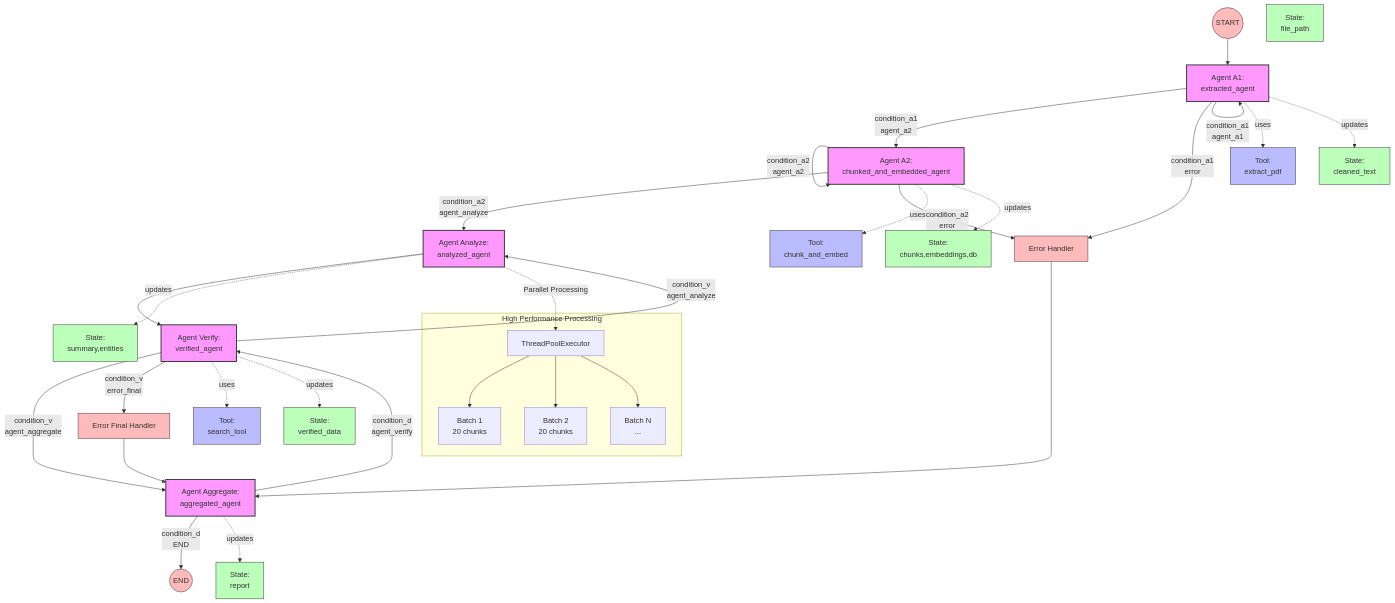
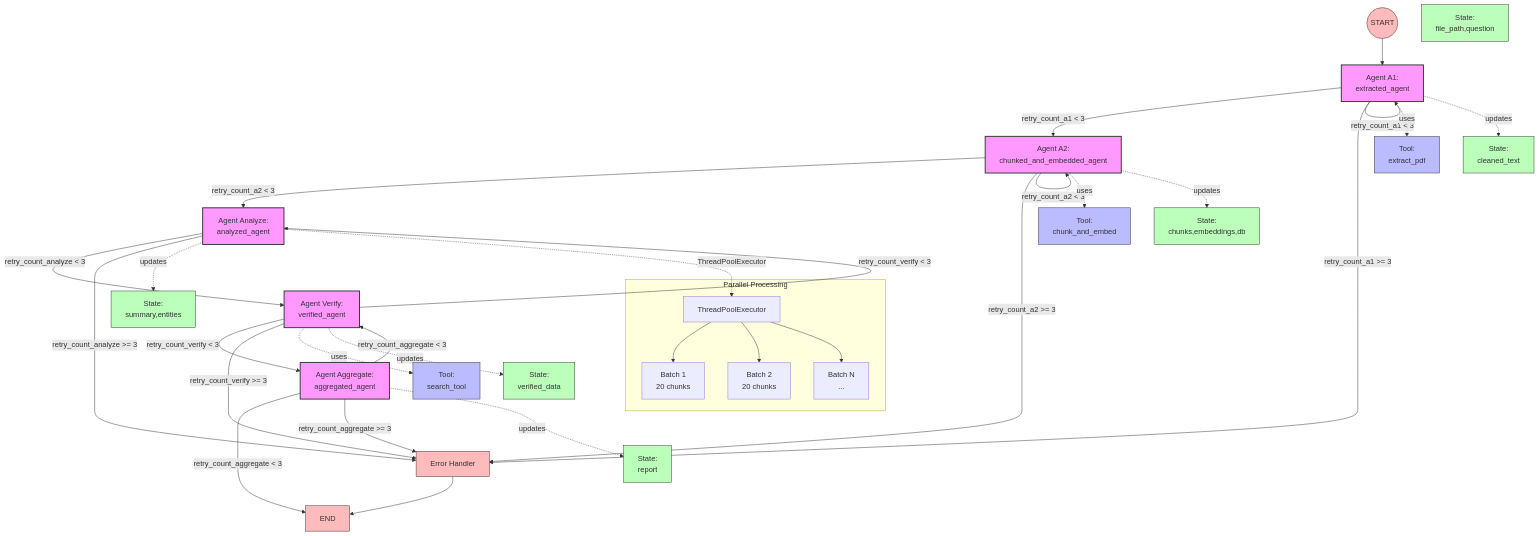
The diagram in README.md (tcc3281/PDF_extract), drawn with Mermaid before and after one commit. The commit also changed other lines of this file, not shown here.

````diff
--- a/README.md
+++ b/README.md
@@ -30,80 +30,79 @@
 ```mermaid
 graph TD
     %% Nodes
     START((START)) --> agent_a1
     agent_a1[Agent A1:<br/>extracted_agent] 
     agent_a2[Agent A2:<br/>chunked_and_embedded_agent]
     agent_analyze[Agent Analyze:<br/>analyzed_agent]
     agent_verify[Agent Verify:<br/>verified_agent]
     agent_aggregate[Agent Aggregate:<br/>aggregated_agent]
     error_handler[Error Handler]
-    error_final_handler[Error Final Handler]
-    END((END))
     
     %% Tools
     tool_extract[Tool:<br/>extract_pdf]
     tool_chunk[Tool:<br/>chunk_and_embed]
     tool_search[Tool:<br/>search_tool]
     
     %% States
-    state_pdf[State:<br/>file_path]
+    state_pdf[State:<br/>file_path,question]
     state_text[State:<br/>cleaned_text]
     state_chunks[State:<br/>chunks,embeddings,db]
     state_analysis[State:<br/>summary,entities]
     state_verified[State:<br/>verified_data]
     state_report[State:<br/>report]
     
-    %% Edges with Routers
-    agent_a1 -->|condition_a1<br/>agent_a2| agent_a2
-    agent_a1 -->|condition_a1<br/>agent_a1| agent_a1
-    agent_a1 -->|condition_a1<br/>error| error_handler
+    %% Edges with Retry Logic
+    agent_a1 -->|retry_count_a1 < 3| agent_a2
+    agent_a1 -->|retry_count_a1 < 3| agent_a1
+    agent_a1 -->|retry_count_a1 >= 3| error_handler
     
-    agent_a2 -->|condition_a2<br/>agent_analyze| agent_analyze
-    agent_a2 -->|condition_a2<br/>agent_a2| agent_a2
-    agent_a2 -->|condition_a2<br/>error| error_handler
+    agent_a2 -->|retry_count_a2 < 3| agent_analyze
+    agent_a2 -->|retry_count_a2 < 3| agent_a2
+    agent_a2 -->|retry_count_a2 >= 3| error_handler
     
-    agent_analyze --> agent_verify
+    agent_analyze -->|retry_count_analyze < 3| agent_verify
+    agent_analyze -->|retry_count_analyze >= 3| error_handler
     
-    agent_verify -->|condition_v<br/>agent_aggregate| agent_aggregate
-    agent_verify -->|condition_v<br/>agent_analyze| agent_analyze
-    agent_verify -->|condition_v<br/>error_final| error_final_handler
+    agent_verify -->|retry_count_verify < 3| agent_aggregate
+    agent_verify -->|retry_count_verify < 3| agent_analyze
+    agent_verify -->|retry_count_verify >= 3| error_handler
     
-    agent_aggregate -->|condition_d<br/>agent_verify| agent_verify
-    agent_aggregate -->|condition_d<br/>END| END
+    agent_aggregate -->|retry_count_aggregate < 3| agent_verify
+    agent_aggregate -->|retry_count_aggregate < 3| END
+    agent_aggregate -->|retry_count_aggregate >= 3| error_handler
     
-    error_handler --> agent_aggregate
-    error_final_handler --> agent_aggregate
+    error_handler --> END
     
     %% Tool connections
     agent_a1 -.->|uses| tool_extract
     agent_a2 -.->|uses| tool_chunk
     agent_verify -.->|uses| tool_search
     
     %% State transitions
     agent_a1 -.->|updates| state_text
     agent_a2 -.->|updates| state_chunks
     agent_analyze -.->|updates| state_analysis
     agent_verify -.->|updates| state_verified
     agent_aggregate -.->|updates| state_report
     
     %% Parallel Processing
-    agent_analyze -.->|Parallel Processing| parallel
+    agent_analyze -.->|ThreadPoolExecutor| parallel
     
-    subgraph "High Performance Processing"
+    subgraph "Parallel Processing"
     parallel[ThreadPoolExecutor]
     parallel --> batch1[Batch 1<br/>20 chunks]
     parallel --> batch2[Batch 2<br/>20 chunks]
     parallel --> batchN[Batch N<br/>...]
     end
     
     %% Styling
     classDef agent fill:#f9f,stroke:#333,stroke-width:2px
     classDef tool fill:#bbf,stroke:#333,stroke-width:1px
     classDef state fill:#bfb,stroke:#333,stroke-width:1px
     classDef control fill:#fbb,stroke:#333,stroke-width:1px
     
     class agent_a1,agent_a2,agent_analyze,agent_verify,agent_aggregate agent
     class tool_extract,tool_chunk,tool_search tool
     class state_pdf,state_text,state_chunks,state_analysis,state_verified,state_report state
-    class error_handler,error_final_handler,START,END control
+    class error_handler,START,END control
 ```
````
